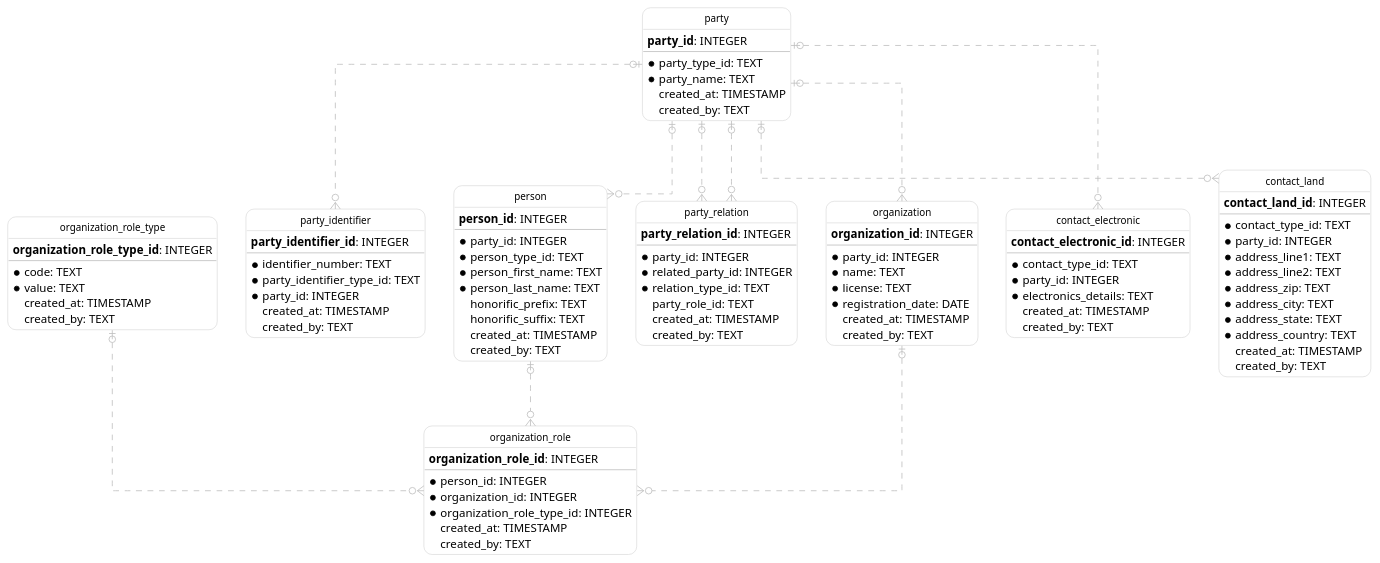
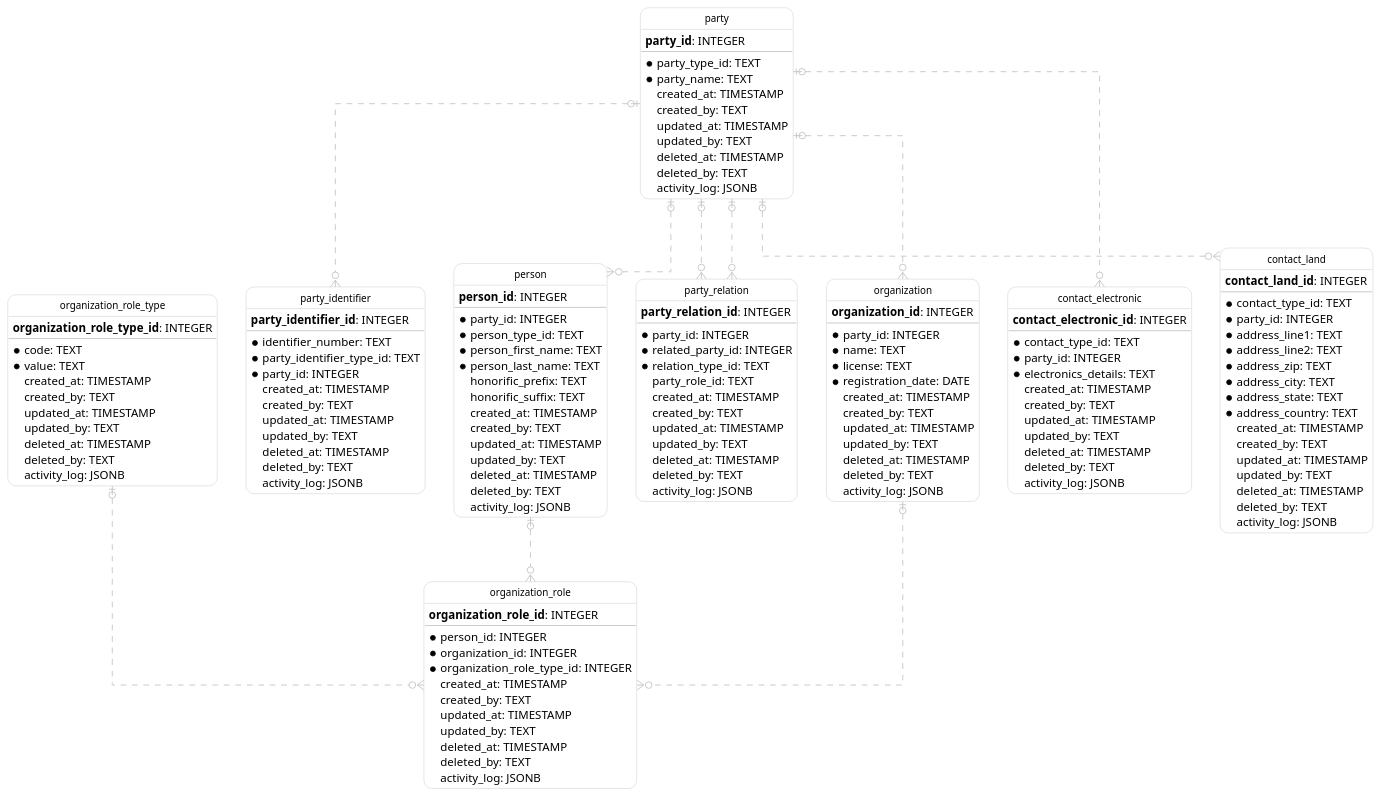
Before and after one commit to netspective-labs/sql-aide: the diagram in pattern/udm/models_test.fixture.puml, drawn with PlantUML. The commit also changed 13 other files, not shown here.

```diff
--- a/pattern/udm/models_test.fixture.puml
+++ b/pattern/udm/models_test.fixture.puml
@@ -1,121 +1,166 @@
 @startuml IE
   hide circle
   skinparam linetype ortho
   skinparam roundcorner 20
   skinparam class {
     BackgroundColor White
     ArrowColor Silver
     BorderColor Silver
     FontColor Black
     FontSize 12
   }
 
   entity "organization_role_type" as organization_role_type {
       **organization_role_type_id**: INTEGER
     --
     * code: TEXT
     * value: TEXT
       created_at: TIMESTAMP
       created_by: TEXT
+      updated_at: TIMESTAMP
+      updated_by: TEXT
+      deleted_at: TIMESTAMP
+      deleted_by: TEXT
+      activity_log: JSONB
   }
 
   entity "party" as party {
       **party_id**: INTEGER
     --
     * party_type_id: TEXT
     * party_name: TEXT
       created_at: TIMESTAMP
       created_by: TEXT
+      updated_at: TIMESTAMP
+      updated_by: TEXT
+      deleted_at: TIMESTAMP
+      deleted_by: TEXT
+      activity_log: JSONB
   }
 
   entity "party_identifier" as party_identifier {
       **party_identifier_id**: INTEGER
     --
     * identifier_number: TEXT
     * party_identifier_type_id: TEXT
     * party_id: INTEGER
       created_at: TIMESTAMP
       created_by: TEXT
+      updated_at: TIMESTAMP
+      updated_by: TEXT
+      deleted_at: TIMESTAMP
+      deleted_by: TEXT
+      activity_log: JSONB
   }
 
   entity "person" as person {
       **person_id**: INTEGER
     --
     * party_id: INTEGER
     * person_type_id: TEXT
     * person_first_name: TEXT
     * person_last_name: TEXT
       honorific_prefix: TEXT
       honorific_suffix: TEXT
       created_at: TIMESTAMP
       created_by: TEXT
+      updated_at: TIMESTAMP
+      updated_by: TEXT
+      deleted_at: TIMESTAMP
+      deleted_by: TEXT
+      activity_log: JSONB
   }
 
   entity "party_relation" as party_relation {
       **party_relation_id**: INTEGER
     --
     * party_id: INTEGER
     * related_party_id: INTEGER
     * relation_type_id: TEXT
       party_role_id: TEXT
       created_at: TIMESTAMP
       created_by: TEXT
+      updated_at: TIMESTAMP
+      updated_by: TEXT
+      deleted_at: TIMESTAMP
+      deleted_by: TEXT
+      activity_log: JSONB
   }
 
   entity "organization" as organization {
       **organization_id**: INTEGER
     --
     * party_id: INTEGER
     * name: TEXT
     * license: TEXT
     * registration_date: DATE
       created_at: TIMESTAMP
       created_by: TEXT
+      updated_at: TIMESTAMP
+      updated_by: TEXT
+      deleted_at: TIMESTAMP
+      deleted_by: TEXT
+      activity_log: JSONB
   }
 
   entity "organization_role" as organization_role {
       **organization_role_id**: INTEGER
     --
     * person_id: INTEGER
     * organization_id: INTEGER
     * organization_role_type_id: INTEGER
       created_at: TIMESTAMP
       created_by: TEXT
+      updated_at: TIMESTAMP
+      updated_by: TEXT
+      deleted_at: TIMESTAMP
+      deleted_by: TEXT
+      activity_log: JSONB
   }
 
   entity "contact_electronic" as contact_electronic {
       **contact_electronic_id**: INTEGER
     --
     * contact_type_id: TEXT
     * party_id: INTEGER
     * electronics_details: TEXT
       created_at: TIMESTAMP
       created_by: TEXT
+      updated_at: TIMESTAMP
+      updated_by: TEXT
+      deleted_at: TIMESTAMP
+      deleted_by: TEXT
+      activity_log: JSONB
   }
 
   entity "contact_land" as contact_land {
       **contact_land_id**: INTEGER
     --
     * contact_type_id: TEXT
     * party_id: INTEGER
     * address_line1: TEXT
     * address_line2: TEXT
     * address_zip: TEXT
     * address_city: TEXT
     * address_state: TEXT
     * address_country: TEXT
       created_at: TIMESTAMP
       created_by: TEXT
+      updated_at: TIMESTAMP
+      updated_by: TEXT
+      deleted_at: TIMESTAMP
+      deleted_by: TEXT
+      activity_log: JSONB
   }
 
   party |o..o{ party_identifier
   party |o..o{ person
   party |o..o{ party_relation
   party |o..o{ party_relation
   party |o..o{ organization
   person |o..o{ organization_role
   organization |o..o{ organization_role
   organization_role_type |o..o{ organization_role
   party |o..o{ contact_electronic
   party |o..o{ contact_land
 @enduml
```
